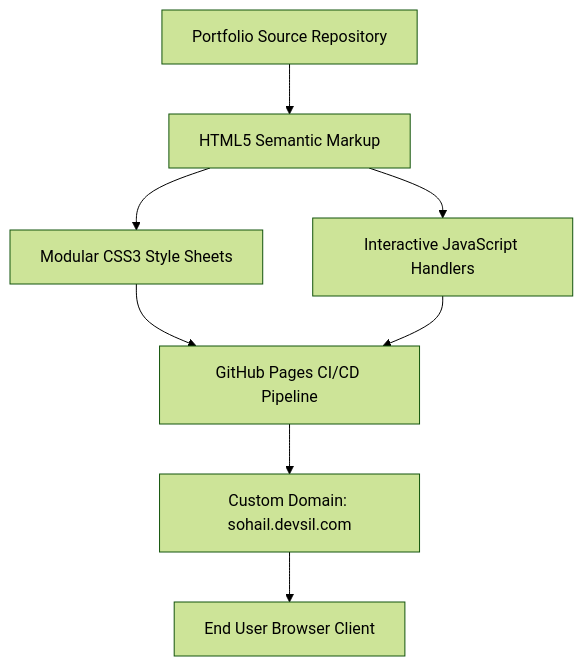
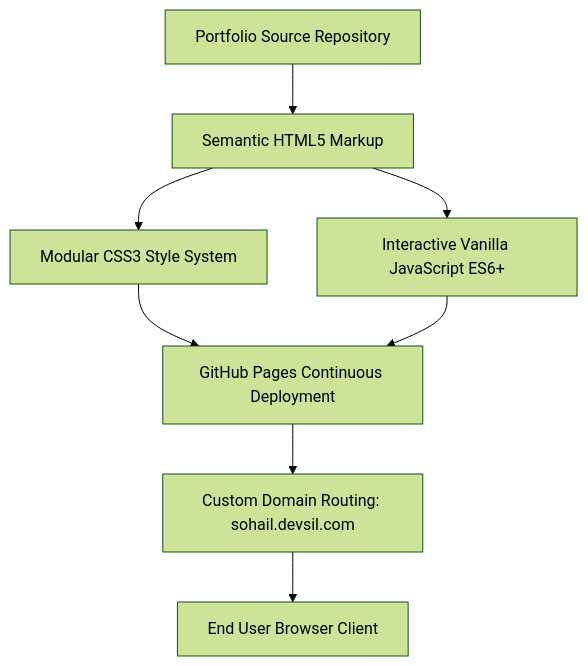
One commit to sohailahmed-bsrh/myportfolio changed the diagram in README.md. Above: the diagram before and after it, drawn with Mermaid (forest theme). The commit also changed other lines of this file, not shown here.

````diff
--- a/README.md
+++ b/README.md
@@ -8,10 +70,10 @@
 ```mermaid
 flowchart TD
-    A[Portfolio Source Repository] --> B[HTML5 Semantic Markup]
-    B --> C[Modular CSS3 Style Sheets]
-    B --> D[Interactive JavaScript Handlers]
-    C --> E[GitHub Pages CI/CD Pipeline]
+    A[Portfolio Source Repository] --> B[Semantic HTML5 Markup]
+    B --> C[Modular CSS3 Style System]
+    B --> D[Interactive Vanilla JavaScript ES6+]
+    C --> E[GitHub Pages Continuous Deployment]
     D --> E
-    E --> F[Custom Domain: sohail.devsil.com]
+    E --> F[Custom Domain Routing: sohail.devsil.com]
     F --> G[End User Browser Client]
 ```
````
